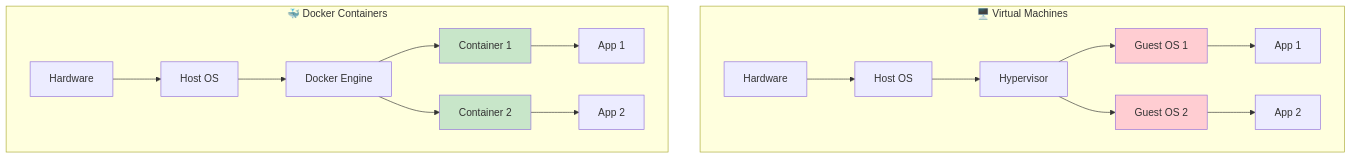
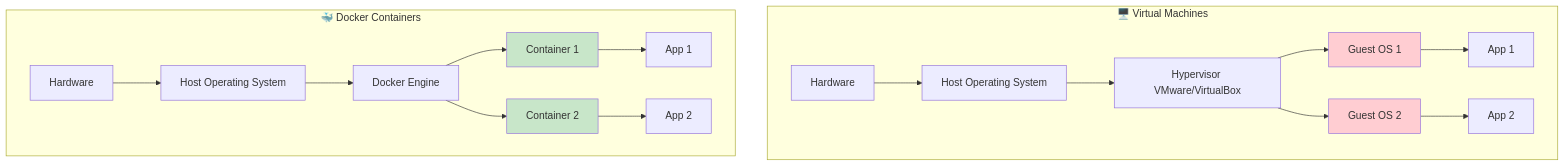
Before and after one commit to manikcloud/cloud-devops-learning-path: the third of 3 diagrams in Section-2-DevOps/Session-5_Docker/README.md, drawn with Mermaid.

Commit message:
Update architecture diagram to vertical layout
- Changed diagram from TB (top-bottom) to TD (top-down) for better vertical flow
- Added more descriptive labels for better understanding
- Maintained color coding for visual distinction
- Improved readability with vertical stack representation

````diff
--- a/Section-2-DevOps/Session-5_Docker/README.md
+++ b/Section-2-DevOps/Session-5_Docker/README.md
@@ -154,41 +154,41 @@
 ```mermaid
-graph TB
+graph TD
     subgraph "🖥️ Virtual Machines"
         VM1[Hardware]
-        VM2[Host OS]
-        VM3[Hypervisor]
+        VM2[Host Operating System]
+        VM3[Hypervisor VMware/VirtualBox]
         VM4[Guest OS 1]
         VM5[Guest OS 2]
         VM6[App 1]
         VM7[App 2]
         
         VM1 --> VM2
         VM2 --> VM3
         VM3 --> VM4
         VM3 --> VM5
         VM4 --> VM6
         VM5 --> VM7
     end
     
     subgraph "🐳 Docker Containers"
         D1[Hardware]
-        D2[Host OS]
+        D2[Host Operating System]
         D3[Docker Engine]
         D4[Container 1]
         D5[Container 2]
         D6[App 1]
         D7[App 2]
         
         D1 --> D2
         D2 --> D3
         D3 --> D4
         D3 --> D5
         D4 --> D6
         D5 --> D7
     end
     
     style VM4 fill:#ffcdd2
     style VM5 fill:#ffcdd2
     style D4 fill:#c8e6c9
     style D5 fill:#c8e6c9
 ```
````
